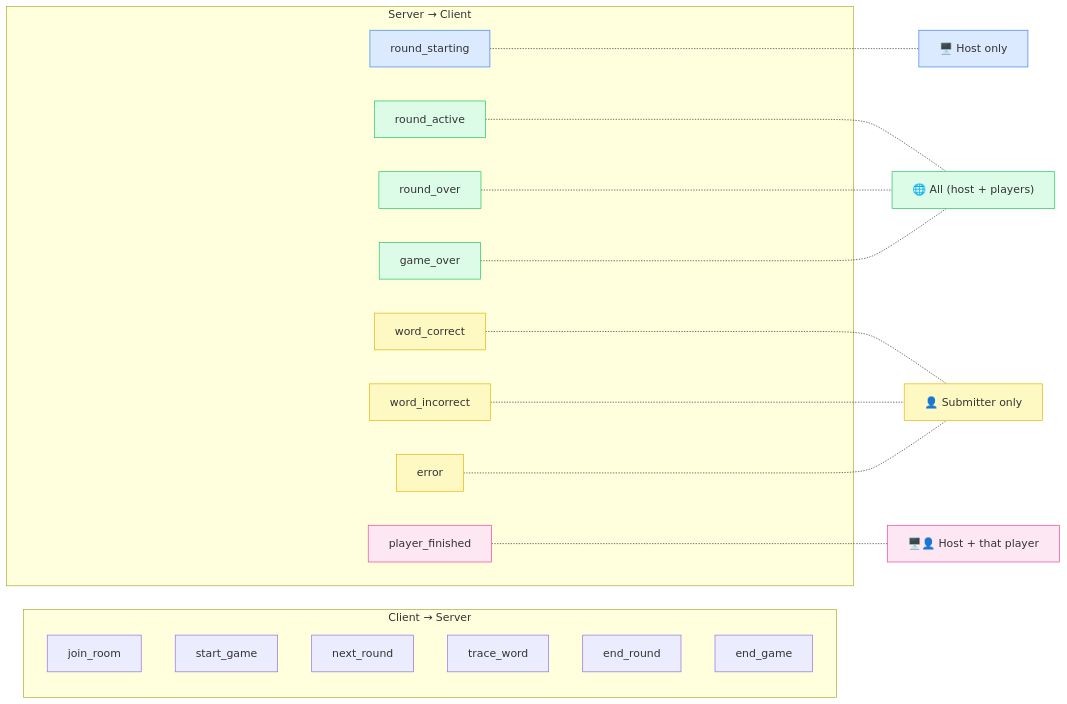
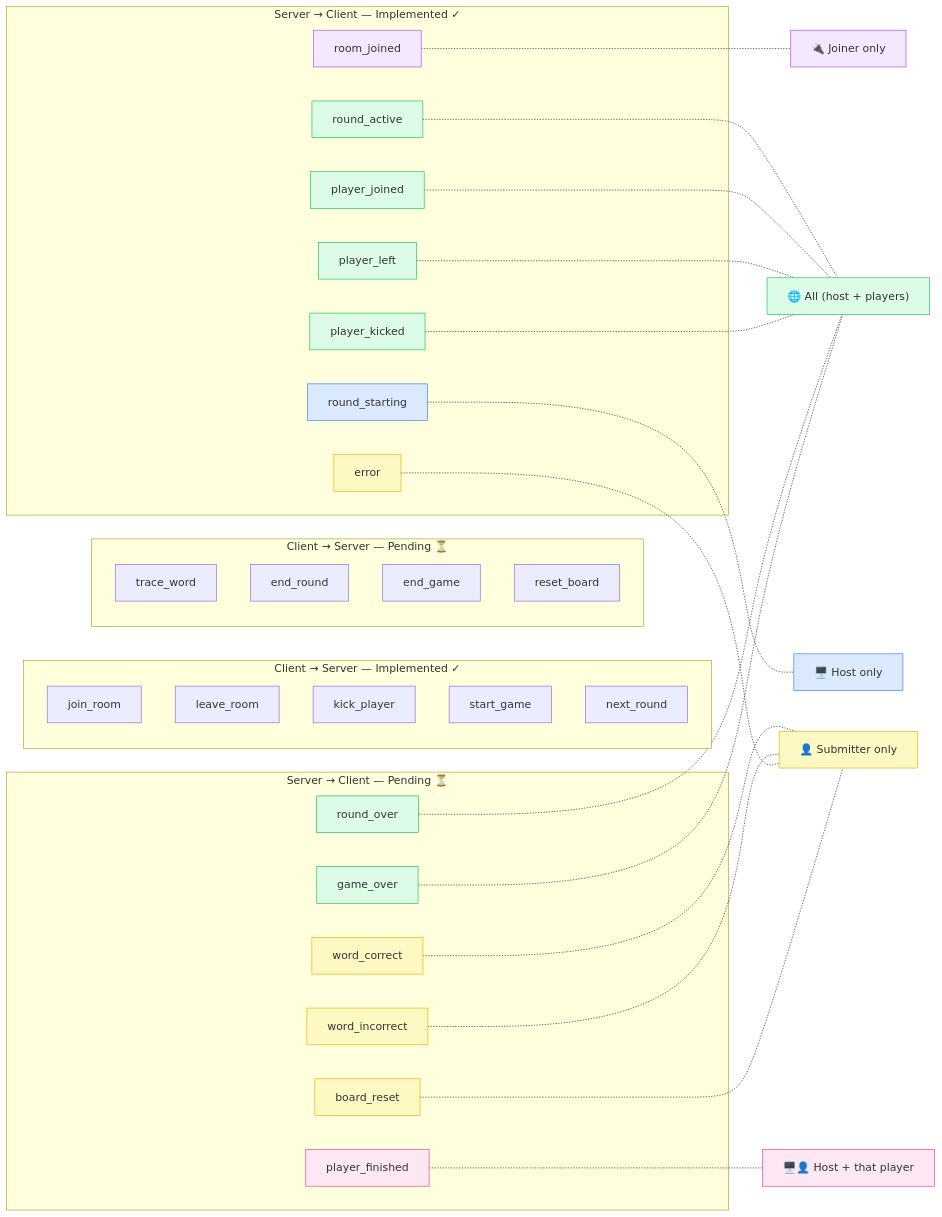
The second of 2 diagrams in docs/diagrams/websocket-events.md (lzam0/Multiplayer-Puzzle-Game), drawn with Mermaid before and after one commit. The commit also changed other lines of this file and 10 other files, not shown here.

````diff
--- a/docs/diagrams/websocket-events.md
+++ b/docs/diagrams/websocket-events.md
@@ -66,36 +73,56 @@
 ```mermaid
 graph LR
-    subgraph "Client → Server"
+    subgraph "Client → Server — Implemented ✓"
         JR[join_room]
+        LR[leave_room]
+        KP[kick_player]
         SG[start_game]
         NR[next_round]
+    end
+
+    subgraph "Client → Server — Pending ⏳"
         TW[trace_word]
         ER[end_round]
         EG[end_game]
+        RB[reset_board]
     end
 
-    subgraph "Server → Client"
+    subgraph "Server → Client — Implemented ✓"
+        RJ[room_joined]:::joiner
+        PJ[player_joined]:::allplayers
+        PL[player_left]:::allplayers
+        PK[player_kicked]:::allplayers
         RS[round_starting]:::hostonly
         RA[round_active]:::allplayers
+        ERR[error]:::submitter
+    end
+
+    subgraph "Server → Client — Pending ⏳"
         WC[word_correct]:::submitter
         WI[word_incorrect]:::submitter
         PF[player_finished]:::hostandplayer
         RO[round_over]:::allplayers
         GO[game_over]:::allplayers
-        ERR[error]:::submitter
+        BR[board_reset]:::submitter
     end
 
     classDef hostonly fill:#dbeafe,stroke:#3b82f6
     classDef allplayers fill:#dcfce7,stroke:#22c55e
     classDef submitter fill:#fef9c3,stroke:#eab308
     classDef hostandplayer fill:#fce7f3,stroke:#ec4899
+    classDef joiner fill:#f3e8ff,stroke:#a855f7
 
     RS -.- HL["🖥️ Host only"]:::hostonly
     RA -.- AL["🌐 All (host + players)"]:::allplayers
+    PJ -.- AL
+    PL -.- AL
+    PK -.- AL
+    RO -.- AL
+    GO -.- AL
     WC -.- SL["👤 Submitter only"]:::submitter
     WI -.- SL
     ERR -.- SL
+    BR -.- SL
     PF -.- HL2["🖥️👤 Host + that player"]:::hostandplayer
-    RO -.- AL
-    GO -.- AL
+    RJ -.- JL["🔌 Joiner only"]:::joiner
 ```
````
